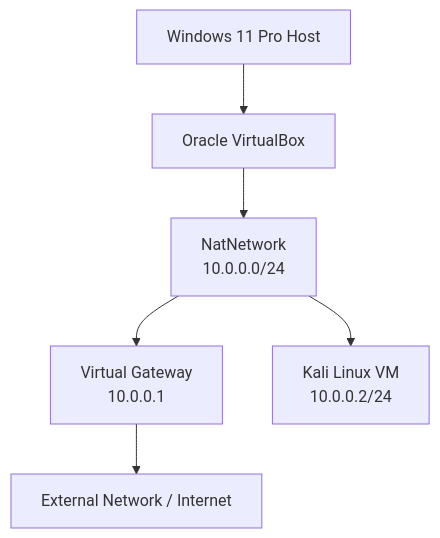
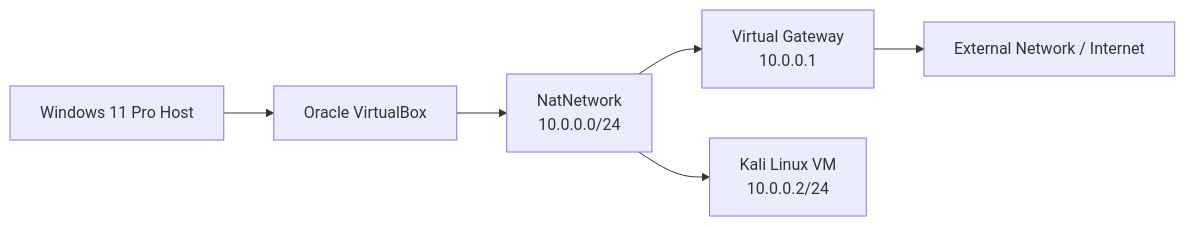
Before and after one commit to Renzo-07/NETWORKWALKS-ALEX-B084H-WK1-PM1-CYBERSECURITY-LAB-SETUP: the diagram in README.md, drawn with Mermaid. The commit also changed other lines of this file, not shown here.

Commit message:
Improve and restructure the README for the NetworkWalks WK1-PM1 lab setup, preserve all technical details, and add the complete screenshot evidence section

````diff
--- a/README.md
+++ b/README.md
@@ -130,8 +120,8 @@
 ```mermaid
-flowchart TD
+flowchart LR
     A["Windows 11 Pro Host"] --> B["Oracle VirtualBox"]
-    B --> C["NatNetwork<br/>10.0.0.0/24"]
-    C --> D["Virtual Gateway<br/>10.0.0.1"]
-    C --> E["Kali Linux VM<br/>10.0.0.2/24"]
+    B --> C["NatNetwork\n10.0.0.0/24"]
+    C --> D["Virtual Gateway\n10.0.0.1"]
+    C --> E["Kali Linux VM\n10.0.0.2/24"]
     D --> F["External Network / Internet"]
 ```
````
